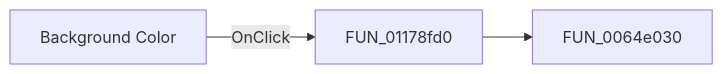
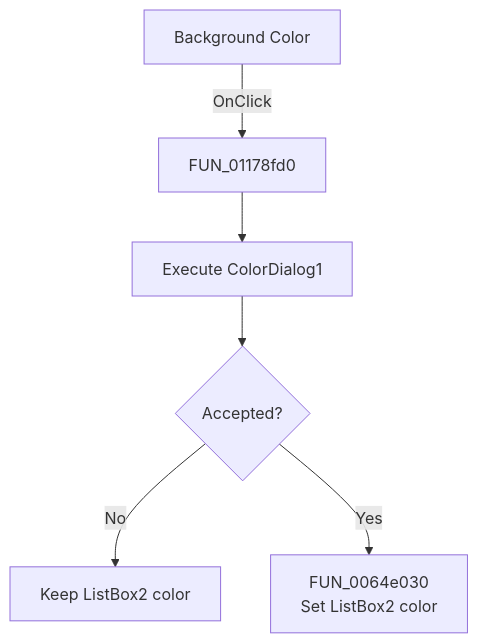
The diagram in docs/ui-controls/response-form1/backcolor2a-7c88833818.md (MovGP0/TIARA), drawn with Mermaid before and after one commit. The commit also changed other lines of this file and 1062 other files, not shown here.

````diff
--- a/docs/ui-controls/response-form1/backcolor2a-7c88833818.md
+++ b/docs/ui-controls/response-form1/backcolor2a-7c88833818.md
@@ -27,5 +27,8 @@
 ```mermaid
-flowchart LR
+flowchart TD
     control["Background Color"] -->|OnClick| handler["FUN_01178fd0"]
-    handler --> call1["FUN_0064e030"]
+    handler --> dialog["Execute ColorDialog1"]
+    dialog --> accepted{"Accepted?"}
+    accepted -->|No| keep["Keep ListBox2 color"]
+    accepted -->|Yes| apply["FUN_0064e030<br/>Set ListBox2 color"]
 ```
````
